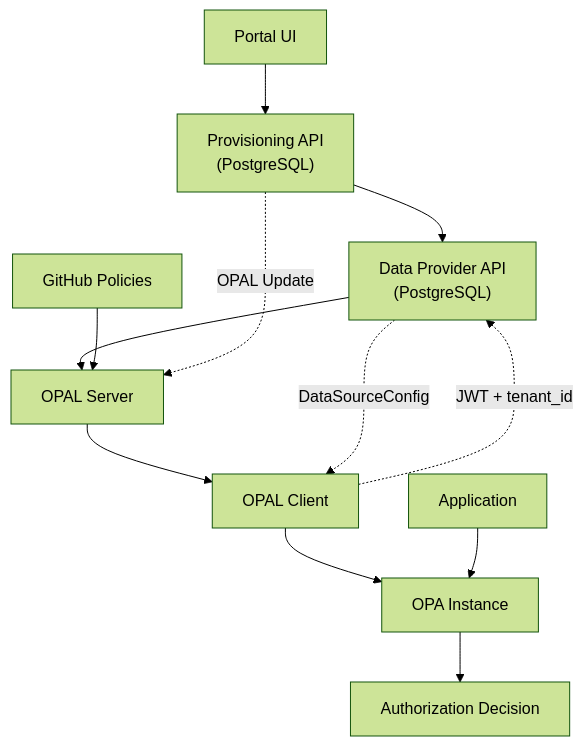
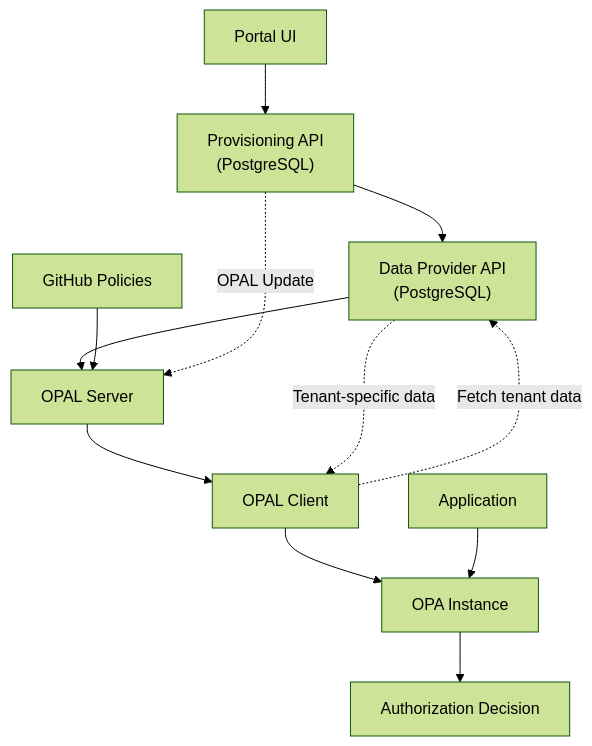
Before and after one commit to plduser/opa-zero-poll: the diagram in README.md, drawn with Mermaid (forest theme). The commit also changed other lines of this file and 1 other file, not shown here.

````diff
--- a/README.md
+++ b/README.md
@@ -83,16 +83,16 @@
 ```mermaid
 graph TD
     A["Portal UI"] --> B["Provisioning API<br/>(PostgreSQL)"]
     B --> C["Data Provider API<br/>(PostgreSQL)"]
     C --> D["OPAL Server"]
     D --> E["OPAL Client"]
     E --> F["OPA Instance"]
     
     G["GitHub Policies"] --> D
     H["Application"] --> F
     F --> I["Authorization Decision"]
     
     B -.->|"OPAL Update"| D
-    E -.->|"JWT + tenant_id"| C
-    C -.->|"DataSourceConfig"| E
+    E -.->|"Fetch tenant data"| C
+    C -.->|"Tenant-specific data"| E
 ```
````
